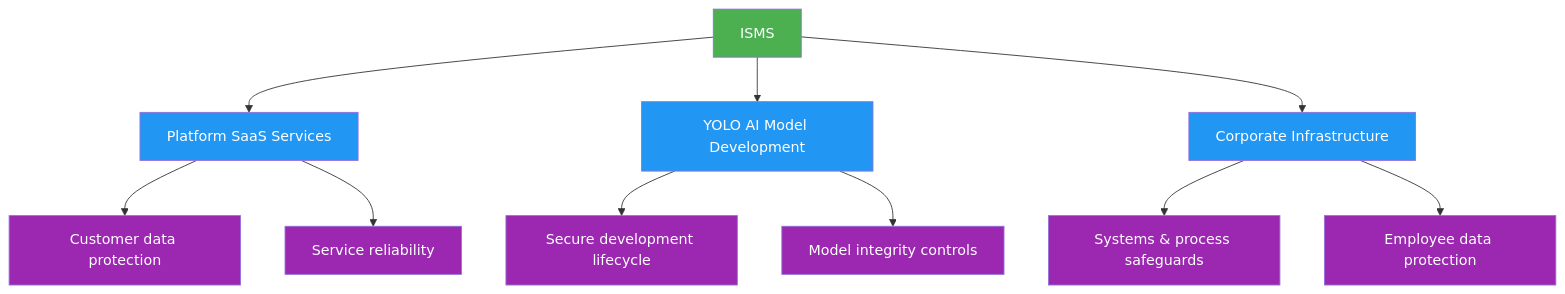
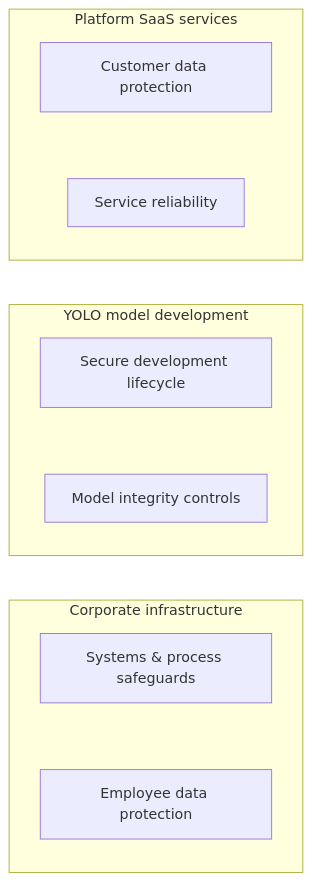
The diagram in docs/en/security/isms.md (ultralytics/handbook), drawn with Mermaid before and after one commit. The commit also changed 16 other files, not shown here.

Commit message:
Migrate handbook Mermaid diagrams to the unified design system (#363)

````diff
--- a/docs/en/security/isms.md
+++ b/docs/en/security/isms.md
@@ -49,17 +49,17 @@
 ```mermaid
-graph TD
-    ISMS[ISMS]:::start --> A[Platform SaaS Services]:::proc
-    ISMS --> B[YOLO AI Model Development]:::proc
-    ISMS --> C[Corporate Infrastructure]:::proc
-
-    A --> A1[Customer data protection]:::out
-    A --> A2[Service reliability]:::out
-    B --> B1[Secure development lifecycle]:::out
-    B --> B2[Model integrity controls]:::out
-    C --> C1[Systems & process safeguards]:::out
-    C --> C2[Employee data protection]:::out
-
-    classDef start fill:#4CAF50,color:#fff
-    classDef proc fill:#2196F3,color:#fff
-    classDef out fill:#9C27B0,color:#fff
+flowchart TD
+    subgraph saas["Platform SaaS services"]
+        direction TB
+        A1[Customer data protection] ~~~ A2[Service reliability]
+    end
+    subgraph yolo["YOLO model development"]
+        direction TB
+        B1[Secure development lifecycle] ~~~ B2[Model integrity controls]
+    end
+    subgraph corp["Corporate infrastructure"]
+        direction TB
+        C1["Systems & process safeguards"] ~~~ C2[Employee data protection]
+    end
+    A2 ~~~ B1
+    B2 ~~~ C1
 ```
````
